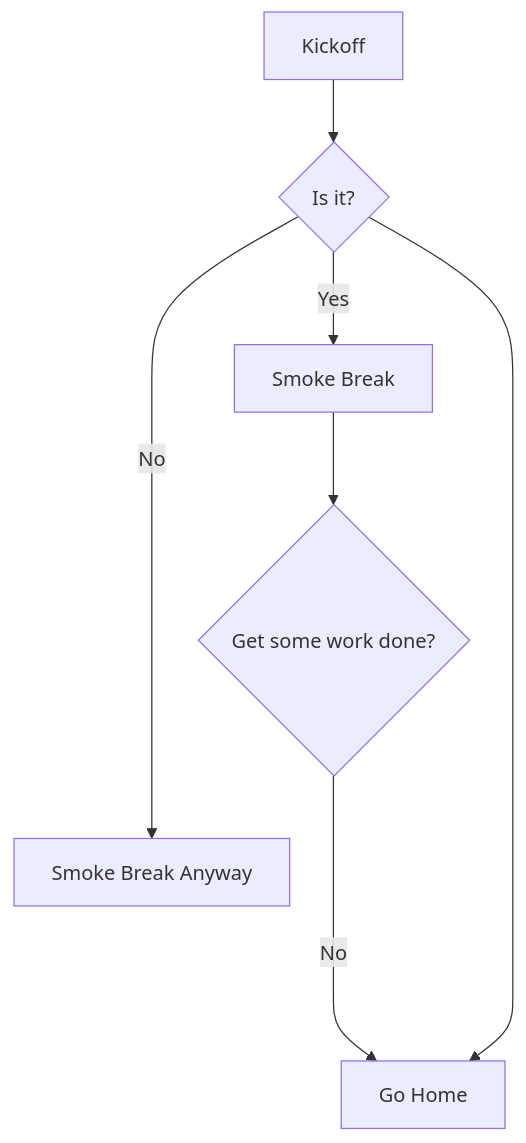
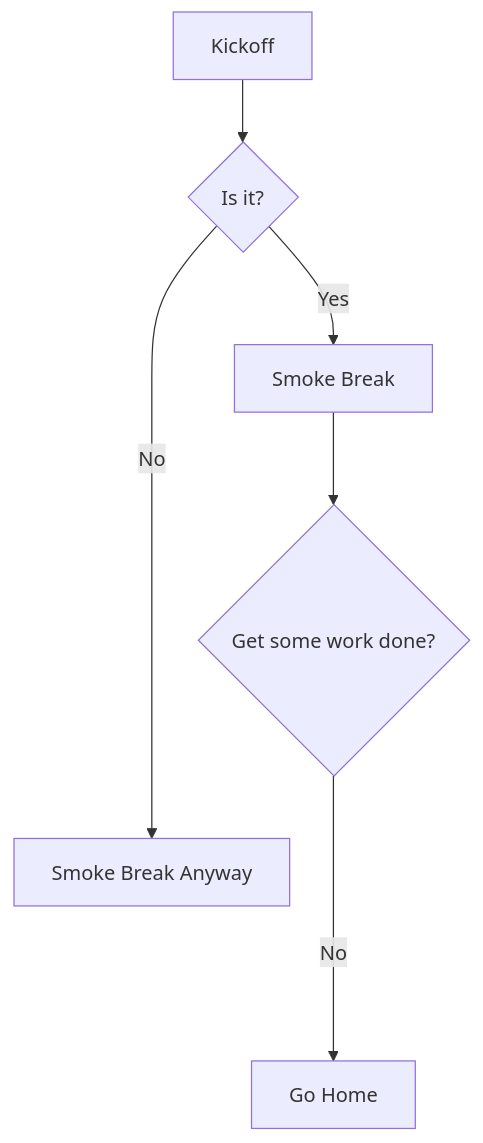
Before and after one commit to EricTelekom/EricTelekom: the third of 3 diagrams in README.md, drawn with Mermaid.

````diff
--- a/README.md
+++ b/README.md
@@ -40,9 +40,9 @@
 ```mermaid
 flowchart TD
     A[Kickoff] --> B{Is it?}
     B -->|Yes| C[Smoke Break]
     C --> D{Get some work done?}
     D ---->|No| E[Go Home]
     B ---->|No| F[Smoke Break Anyway]
-    B --> E
+    
 ```
````
